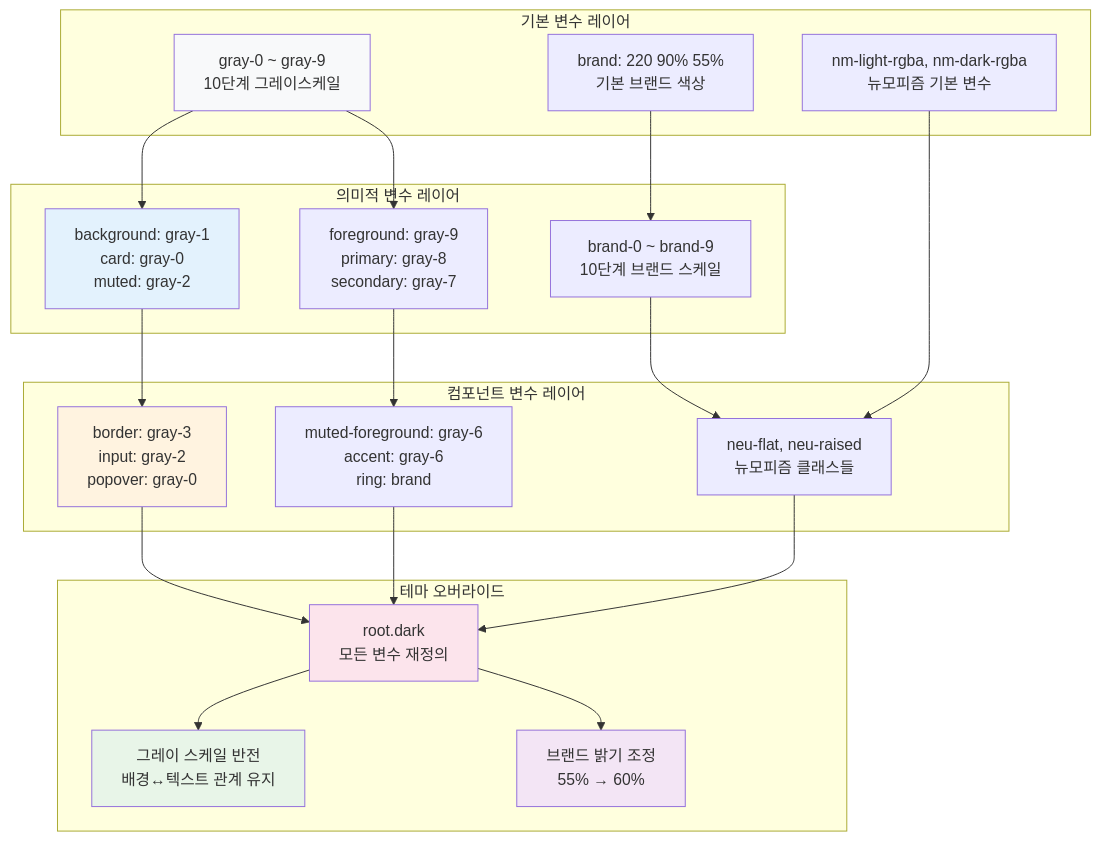
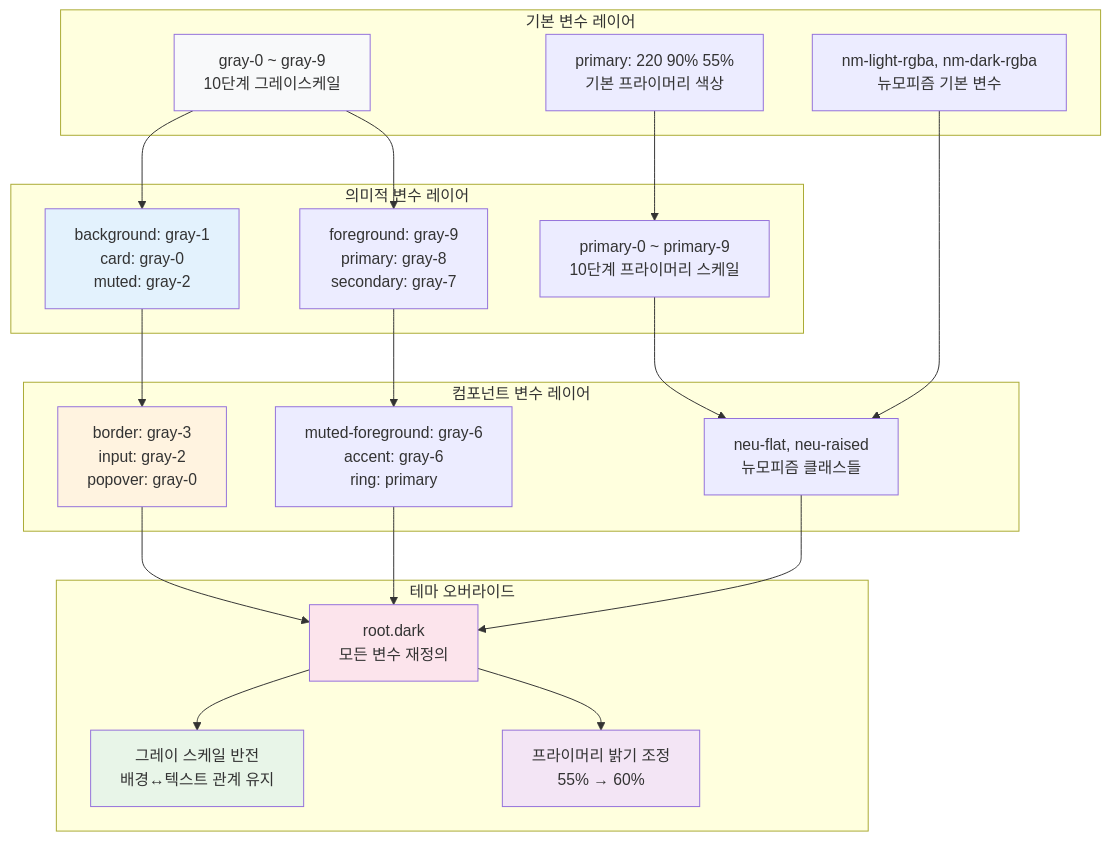
The seventh of 11 diagrams in src/styles/STYLE_GUIDE.md (webcodur/next-temp), drawn with Mermaid before and after one commit. The commit also changed other lines of this file and 79 other files, not shown here.

````diff
--- a/src/styles/STYLE_GUIDE.md
+++ b/src/styles/STYLE_GUIDE.md
@@ -378,49 +378,49 @@
 ```mermaid
 flowchart TB
     subgraph "기본 변수 레이어"
         A[gray-0 ~ gray-9<br/>10단계 그레이스케일]
-        B[brand: 220 90% 55%<br/>기본 브랜드 색상]
+        B[primary: 220 90% 55%<br/>기본 프라이머리 색상]
         C[nm-light-rgba, nm-dark-rgba<br/>뉴모피즘 기본 변수]
     end
     
     subgraph "의미적 변수 레이어"
         D[background: gray-1<br/>card: gray-0<br/>muted: gray-2]
         E[foreground: gray-9<br/>primary: gray-8<br/>secondary: gray-7]
-        F[brand-0 ~ brand-9<br/>10단계 브랜드 스케일]
+        F[primary-0 ~ primary-9<br/>10단계 프라이머리 스케일]
     end
     
     subgraph "컴포넌트 변수 레이어"
         G[border: gray-3<br/>input: gray-2<br/>popover: gray-0]
-        H[muted-foreground: gray-6<br/>accent: gray-6<br/>ring: brand]
+        H[muted-foreground: gray-6<br/>accent: gray-6<br/>ring: primary]
         I[neu-flat, neu-raised<br/>뉴모피즘 클래스들]
     end
     
     subgraph "테마 오버라이드"
         J[root.dark<br/>모든 변수 재정의]
         K[그레이 스케일 반전<br/>배경↔텍스트 관계 유지]
-        L[브랜드 밝기 조정<br/>55% → 60%]
+        L[프라이머리 밝기 조정<br/>55% → 60%]
     end
     
     A --> D
     A --> E
     B --> F
     C --> I
     
     D --> G
     E --> H
     F --> I
     
     G --> J
     H --> J
     I --> J
     
     J --> K
     J --> L
     
     style A fill:#f8f9fa
     style D fill:#e3f2fd
     style G fill:#fff3e0
     style J fill:#fce4ec
     style K fill:#e8f5e8
     style L fill:#f3e5f5
 ```
````
